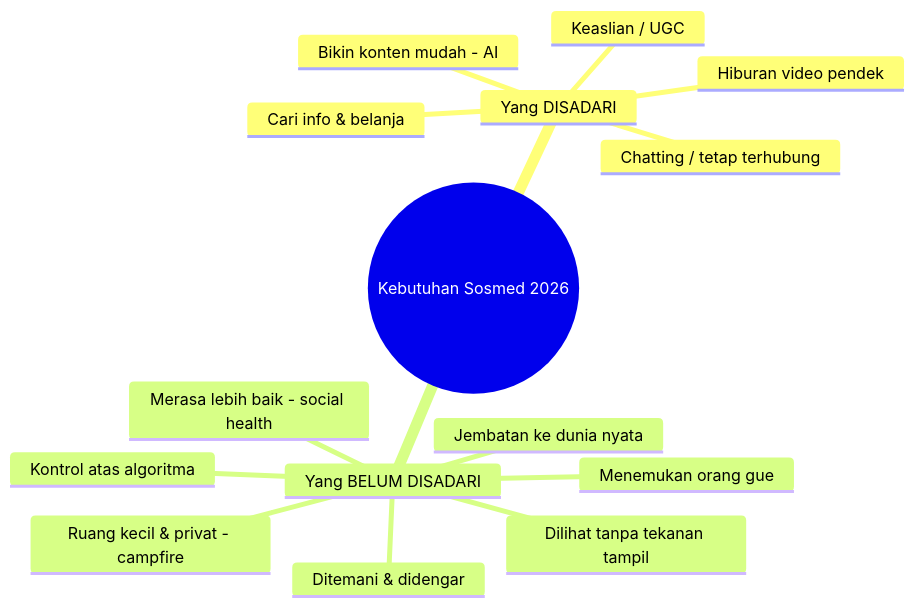
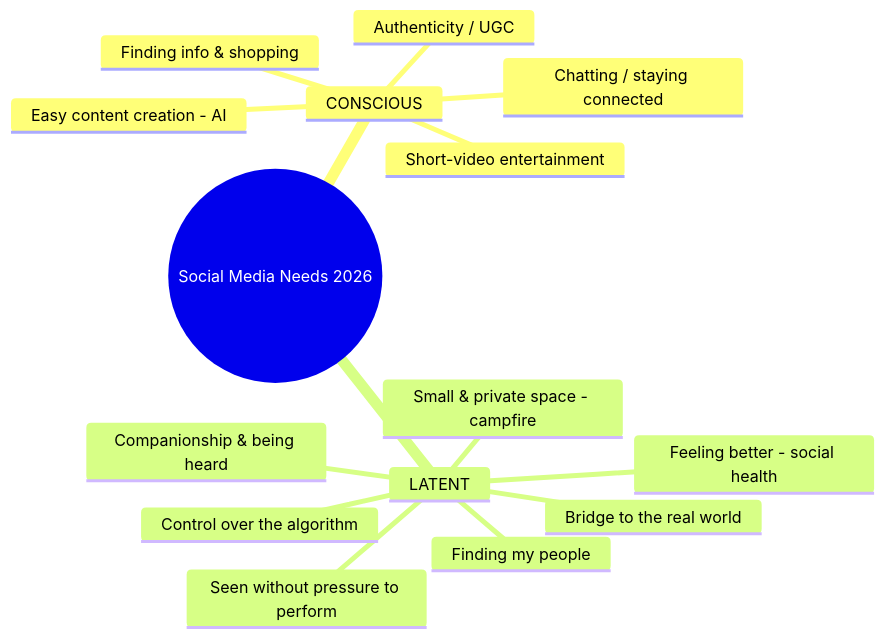
Before and after one commit to itsmhp/SocialMedia: the diagram in research/README.md, drawn with Mermaid. The commit also changed other lines of this file and 23 other files, not shown here.

````diff
--- a/research/README.md
+++ b/research/README.md
@@ -25,18 +25,18 @@
 ```mermaid
 mindmap
-  root((Kebutuhan Sosmed 2026))
-    Yang DISADARI
-      Hiburan video pendek
-      Bikin konten mudah - AI
-      Keaslian / UGC
-      Cari info & belanja
-      Chatting / tetap terhubung
-    Yang BELUM DISADARI
-      Merasa lebih baik - social health
-      Ruang kecil & privat - campfire
-      Jembatan ke dunia nyata
-      Dilihat tanpa tekanan tampil
-      Ditemani & didengar
-      Kontrol atas algoritma
-      Menemukan orang gue
+  root((Social Media Needs 2026))
+    CONSCIOUS
+      Short-video entertainment
+      Easy content creation - AI
+      Authenticity / UGC
+      Finding info & shopping
+      Chatting / staying connected
+    LATENT
+      Feeling better - social health
+      Small & private space - campfire
+      Bridge to the real world
+      Seen without pressure to perform
+      Companionship & being heard
+      Control over the algorithm
+      Finding my people
 ```
````
